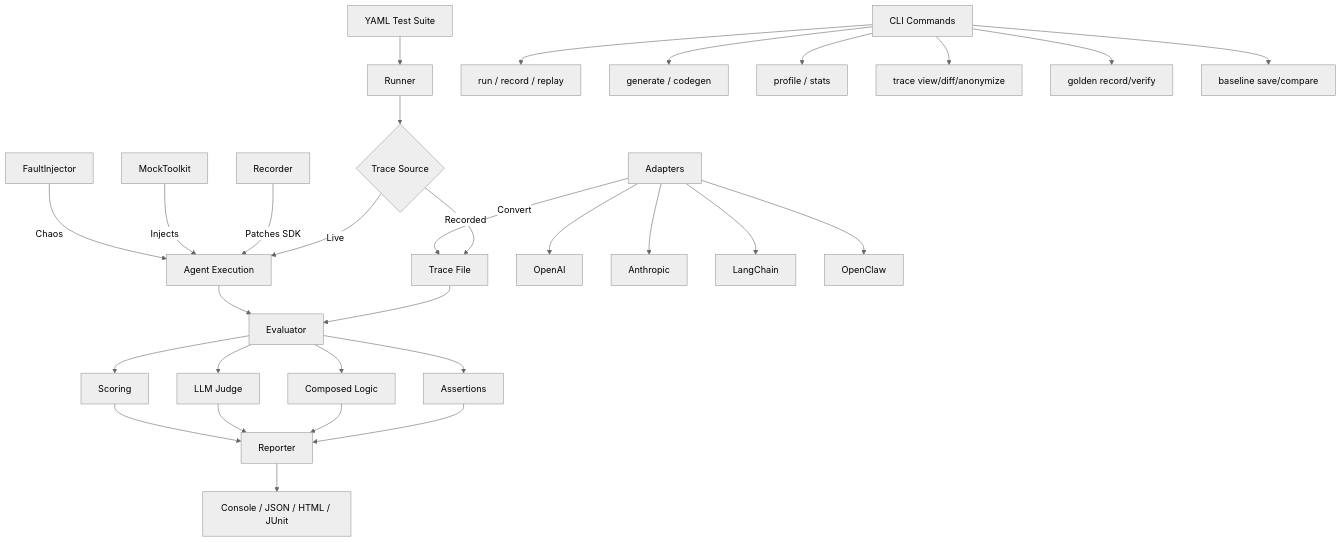
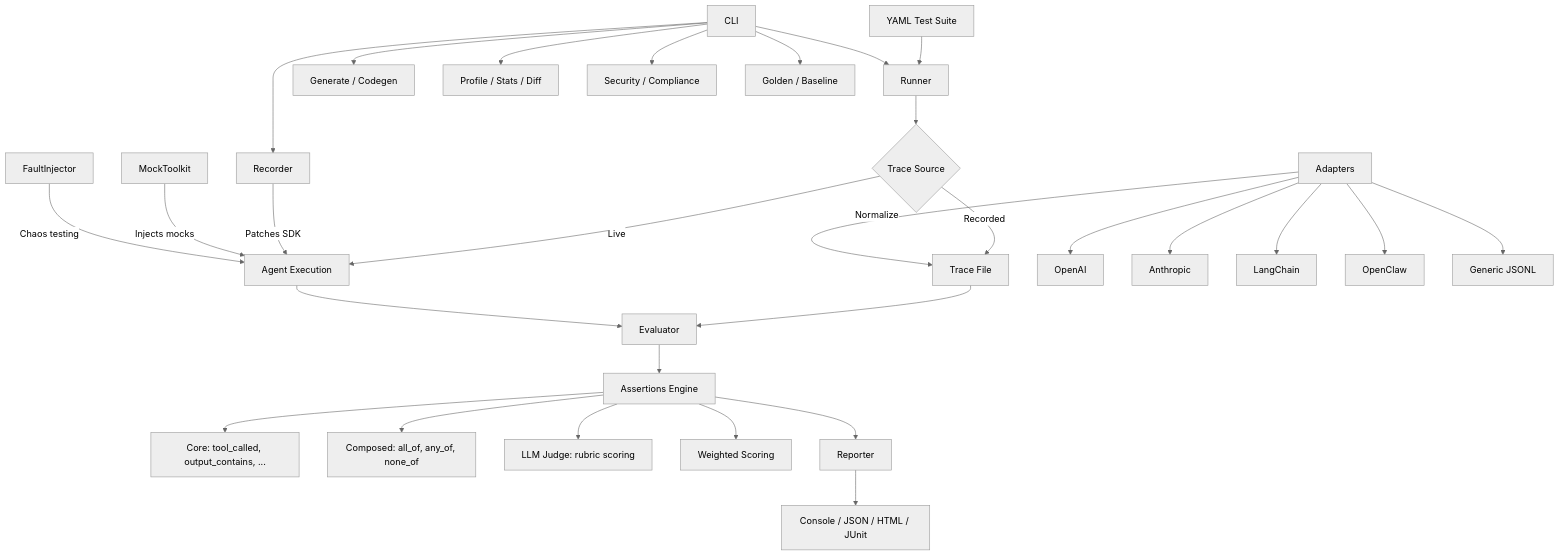
The diagram in README.md (NeuZhou/agentprobe), drawn with Mermaid (neutral theme) before and after one commit. The commit also changed other lines of this file and 11 other files, not shown here.

````diff
--- a/README.md
+++ b/README.md
@@ -180,36 +99,34 @@
 ```mermaid
 graph TD
     A[YAML Test Suite] --> B[Runner]
     B --> C{Trace Source}
     C -->|Recorded| D[Trace File]
     C -->|Live| E[Agent Execution]
     D --> F[Evaluator]
     E --> F
-    F --> G[Assertions]
-    F --> H[Composed Logic]
-    F --> I[LLM Judge]
-    F --> J[Scoring]
-    G --> K[Reporter]
-    H --> K
-    I --> K
-    J --> K
-    K --> L[Console / JSON / HTML / JUnit]
+    F --> G[Assertions Engine]
+    G --> G1[Core: tool_called, output_contains, ...]
+    G --> G2[Composed: all_of, any_of, none_of]
+    G --> G3[LLM Judge: rubric scoring]
+    G --> G4[Weighted Scoring]
+    G --> H[Reporter]
+    H --> H1[Console / JSON / HTML / JUnit]
 
-    M[Recorder] -->|Patches SDK| E
-    N[MockToolkit] -->|Injects| E
-    O[FaultInjector] -->|Chaos| E
+    I[Recorder] -->|Patches SDK| E
+    J[MockToolkit] -->|Injects mocks| E
+    K[FaultInjector] -->|Chaos testing| E
 
-    P[Adapters] -->|Convert| D
-    P --> P1[OpenAI]
-    P --> P2[Anthropic]
-    P --> P3[LangChain]
-    P --> P4[OpenClaw]
+    L[Adapters] -->|Normalize| D
+    L --> L1[OpenAI]
+    L --> L2[Anthropic]
+    L --> L3[LangChain]
+    L --> L4[OpenClaw]
+    L --> L5[Generic JSONL]
 
-    Q[CLI Commands]
-    Q --> Q1[run / record / replay]
-    Q --> Q2[generate / codegen]
-    Q --> Q3[profile / stats]
-    Q --> Q4[trace view/diff/anonymize]
-    Q --> Q5[golden record/verify]
-    Q --> Q6[baseline save/compare]
+    M[CLI] --> B
+    M --> I
+    M --> N[Generate / Codegen]
+    M --> O[Profile / Stats / Diff]
+    M --> P[Security / Compliance]
+    M --> Q[Golden / Baseline]
 ```
````
